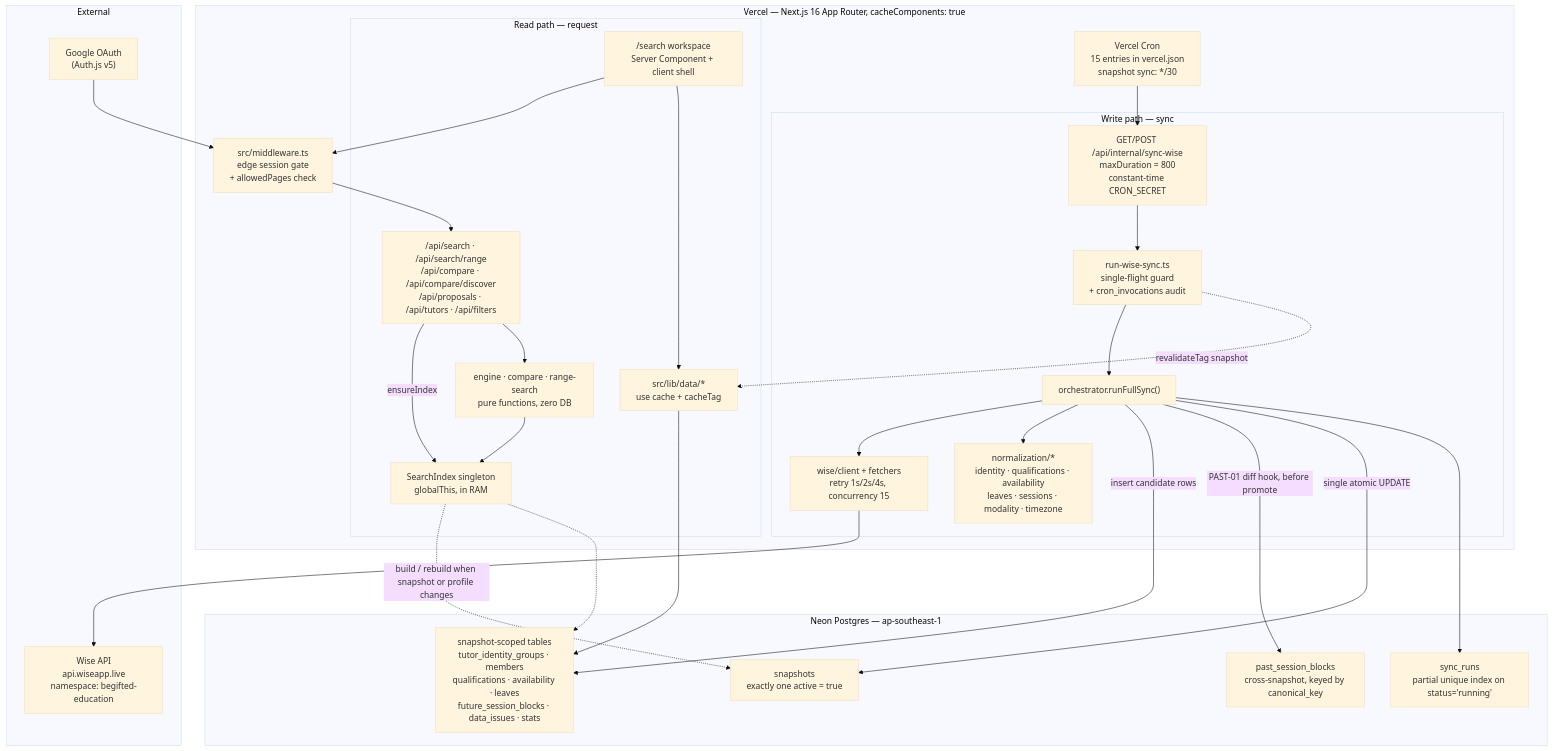
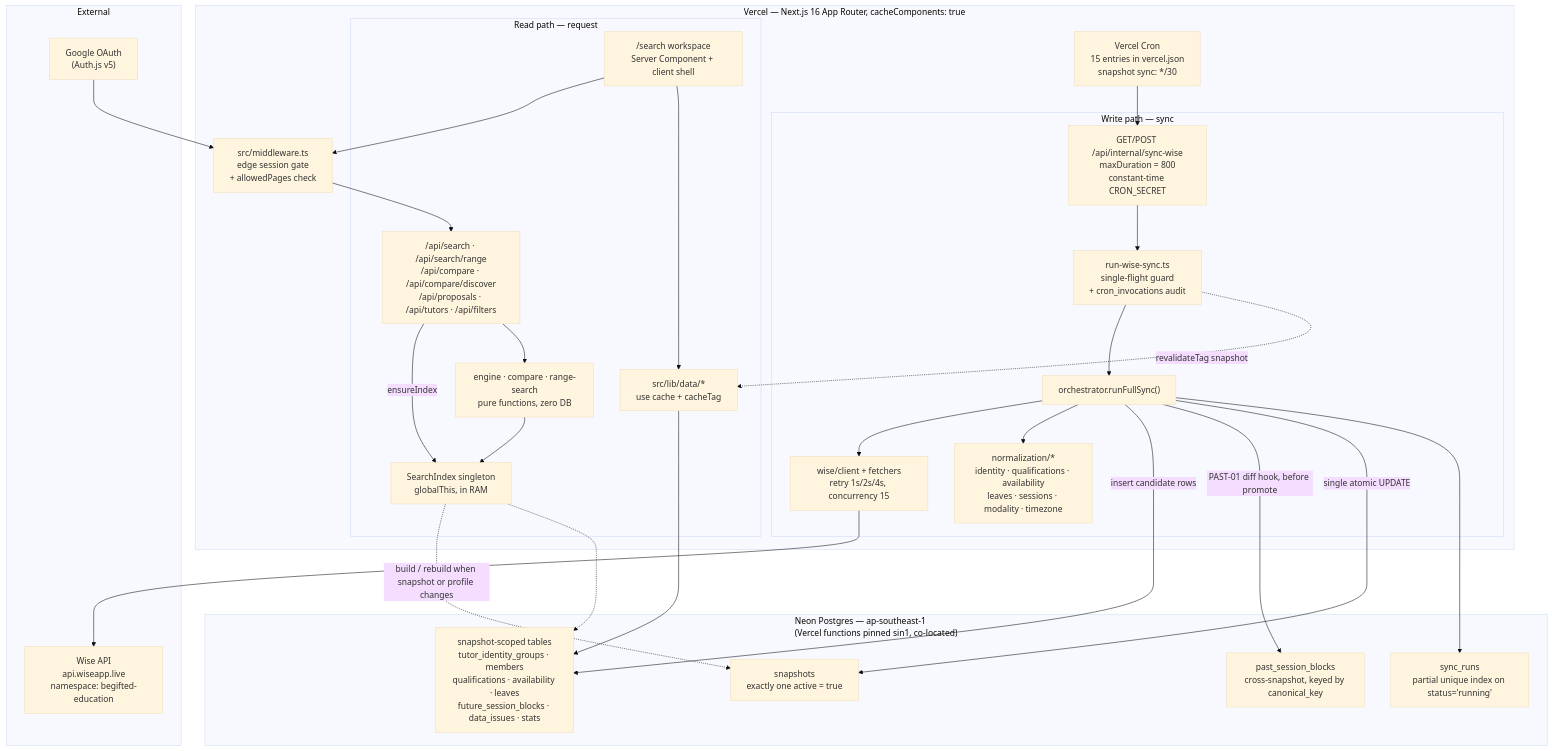
One commit to kasheesh711/bgscheduler changed the first of 2 diagrams in docs/handbook/architecture.md. Above: the diagram before and after it, drawn with Mermaid (base theme). The commit also changed 16 other files, not shown here.

````diff
--- a/docs/handbook/architecture.md
+++ b/docs/handbook/architecture.md
@@ -43,53 +43,53 @@
 ```mermaid
 flowchart TB
     subgraph external["External"]
         Wise["Wise API<br/>api.wiseapp.live<br/>namespace: begifted-education"]
         Google["Google OAuth<br/>(Auth.js v5)"]
     end
 
     subgraph vercel["Vercel — Next.js 16 App Router, cacheComponents: true"]
         Cron["Vercel Cron<br/>15 entries in vercel.json<br/>snapshot sync: */30"]
         MW["src/middleware.ts<br/>edge session gate<br/>+ allowedPages check"]
 
         subgraph sync["Write path — sync"]
             SyncRoute["GET/POST /api/internal/sync-wise<br/>maxDuration = 800<br/>constant-time CRON_SECRET"]
             Runner["run-wise-sync.ts<br/>single-flight guard<br/>+ cron_invocations audit"]
             Orch["orchestrator.runFullSync()"]
             WiseClient["wise/client + fetchers<br/>retry 1s/2s/4s, concurrency 15"]
             Norm["normalization/*<br/>identity · qualifications · availability<br/>leaves · sessions · modality · timezone"]
         end
 
         subgraph read["Read path — request"]
             ApiRead["/api/search · /api/search/range<br/>/api/compare · /api/compare/discover<br/>/api/proposals · /api/tutors · /api/filters"]
             Index["SearchIndex singleton<br/>globalThis, in RAM"]
             Engine["engine · compare · range-search<br/>pure functions, zero DB"]
             DataLayer["src/lib/data/*<br/>use cache + cacheTag"]
             UI["/search workspace<br/>Server Component + client shell"]
         end
     end
 
-    subgraph pg["Neon Postgres — ap-southeast-1"]
+    subgraph pg["Neon Postgres — ap-southeast-1<br/>(Vercel functions pinned sin1, co-located)"]
         Snap["snapshots<br/>exactly one active = true"]
         SyncRuns["sync_runs<br/>partial unique index on status='running'"]
         Tables["snapshot-scoped tables<br/>tutor_identity_groups · members<br/>qualifications · availability · leaves<br/>future_session_blocks · data_issues · stats"]
         Past["past_session_blocks<br/>cross-snapshot, keyed by canonical_key"]
     end
 
     Cron --> SyncRoute --> Runner --> Orch
     Orch --> WiseClient --> Wise
     Orch --> Norm
     Orch -->|insert candidate rows| Tables
     Orch -->|PAST-01 diff hook, before promote| Past
     Orch -->|single atomic UPDATE| Snap
     Orch --> SyncRuns
 
     Google --> MW
     UI --> MW --> ApiRead
     ApiRead -->|ensureIndex| Index
     Index -.->|build / rebuild when snapshot or profile changes| Snap
     Index -.-> Tables
     ApiRead --> Engine
     Engine --> Index
     UI --> DataLayer --> Tables
     Runner -.->|revalidateTag snapshot| DataLayer
 ```
````
